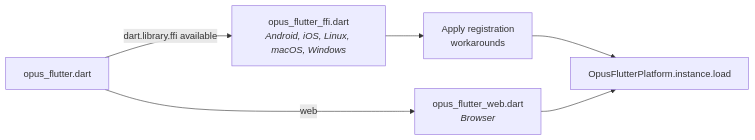
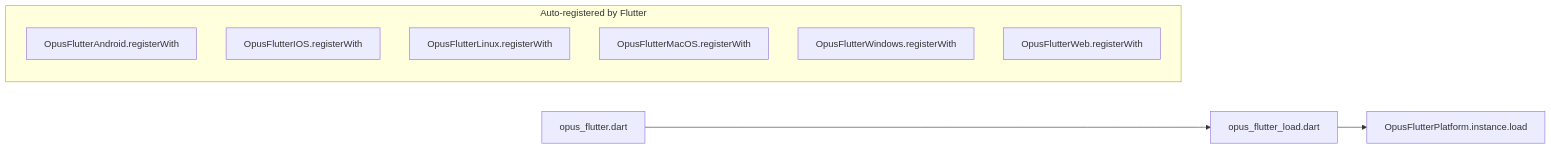
Before and after one commit to Corkscrews/opus_flutter: the second of 4 diagrams in docs/architecture.md, drawn with Mermaid. The commit also changed other lines of this file and 30 other files, not shown here.

````diff
--- a/docs/architecture.md
+++ b/docs/architecture.md
@@ -79,10 +73,14 @@
 ```mermaid
 flowchart LR
-    entry[opus_flutter.dart] -->|dart.library.ffi available| ffi[opus_flutter_ffi.dart<br><i>Android, iOS, Linux, macOS, Windows</i>]
-    entry -->|web| web[opus_flutter_web.dart<br><i>Browser</i>]
+    entry[opus_flutter.dart] --> load[opus_flutter_load.dart]
+    load --> pi[OpusFlutterPlatform.instance.load]
 
-    ffi --> workarounds[Apply registration<br>workarounds]
-    workarounds --> load[OpusFlutterPlatform.instance.load]
-
-    web --> load
+    subgraph Auto-registered by Flutter
+        android[OpusFlutterAndroid.registerWith]
+        ios[OpusFlutterIOS.registerWith]
+        linux[OpusFlutterLinux.registerWith]
+        macos[OpusFlutterMacOS.registerWith]
+        windows[OpusFlutterWindows.registerWith]
+        web[OpusFlutterWeb.registerWith]
+    end
 ```
````
